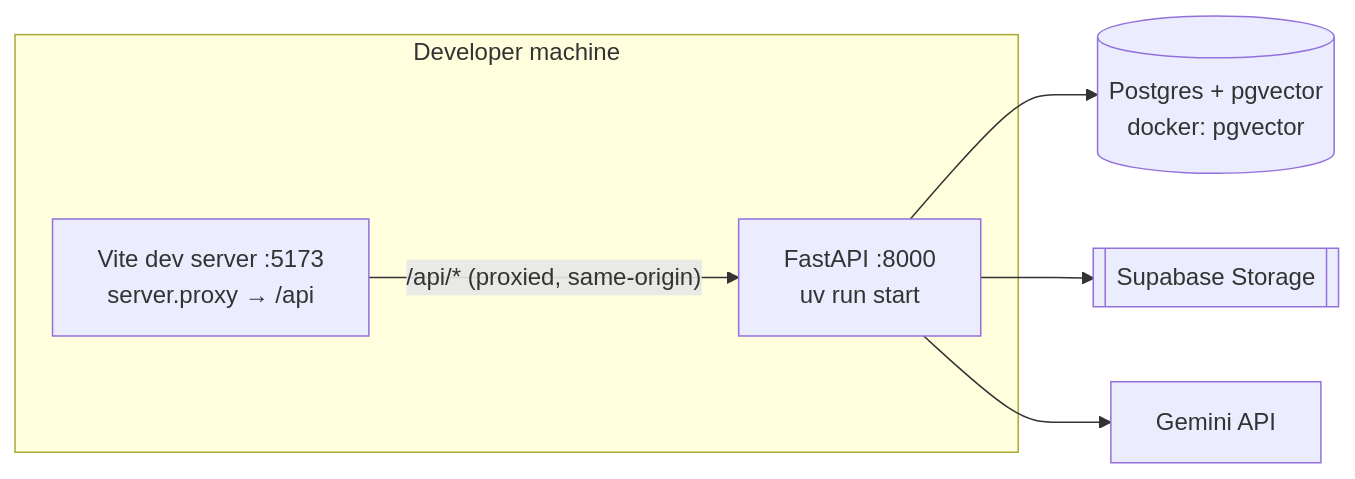
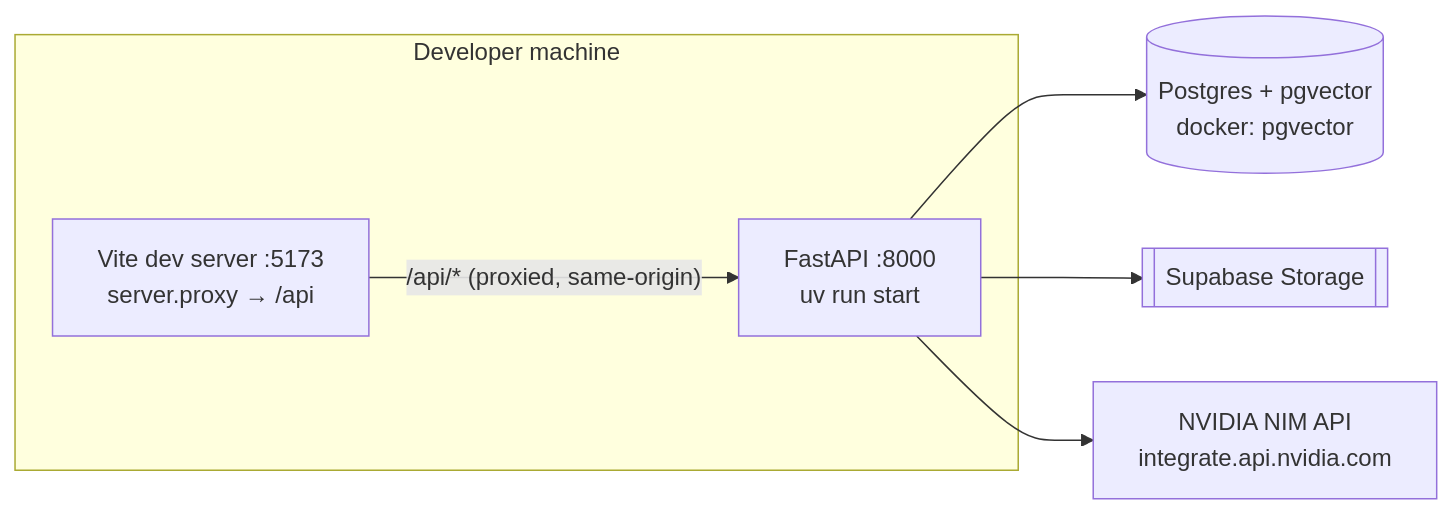
One commit to ajinkyad015/fincite changed the first of 2 diagrams in docs/plans/connect-and-deploy.md. Above: the diagram before and after it, drawn with Mermaid. The commit also changed other lines of this file and 27 other files, not shown here.

````diff
--- a/docs/plans/connect-and-deploy.md
+++ b/docs/plans/connect-and-deploy.md
@@ -111,11 +111,11 @@
 ```mermaid
 flowchart LR
     subgraph Dev["Developer machine"]
         V["Vite dev server :5173<br/>server.proxy → /api"]
         B["FastAPI :8000<br/>uv run start"]
     end
     V -- "/api/* (proxied, same-origin)" --> B
     B --> PG[("Postgres + pgvector<br/>docker: pgvector")]
     B --> SB[["Supabase Storage"]]
-    B --> G["Gemini API"]
+    B --> G["NVIDIA NIM API<br/>integrate.api.nvidia.com"]
 ```
````
